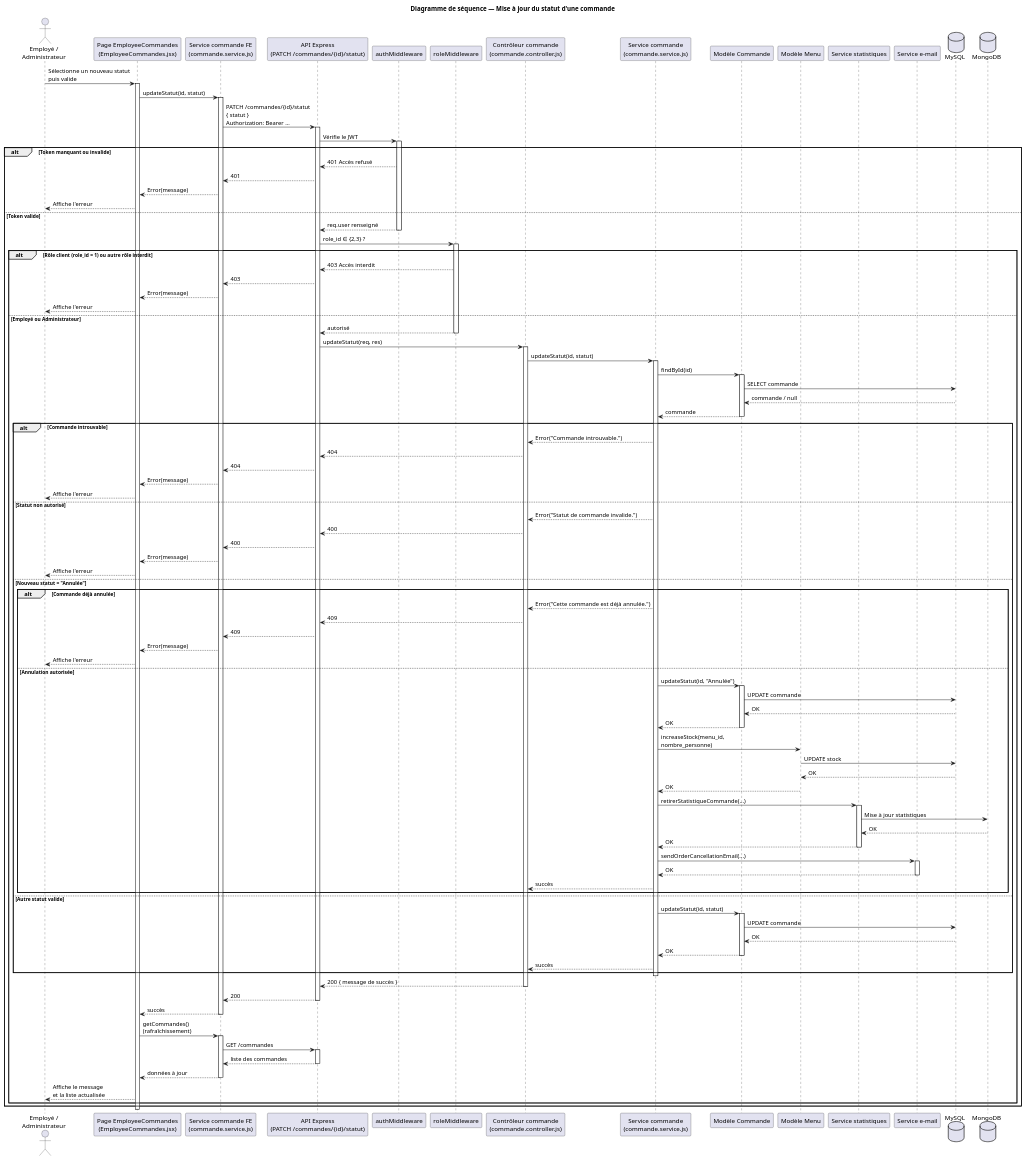
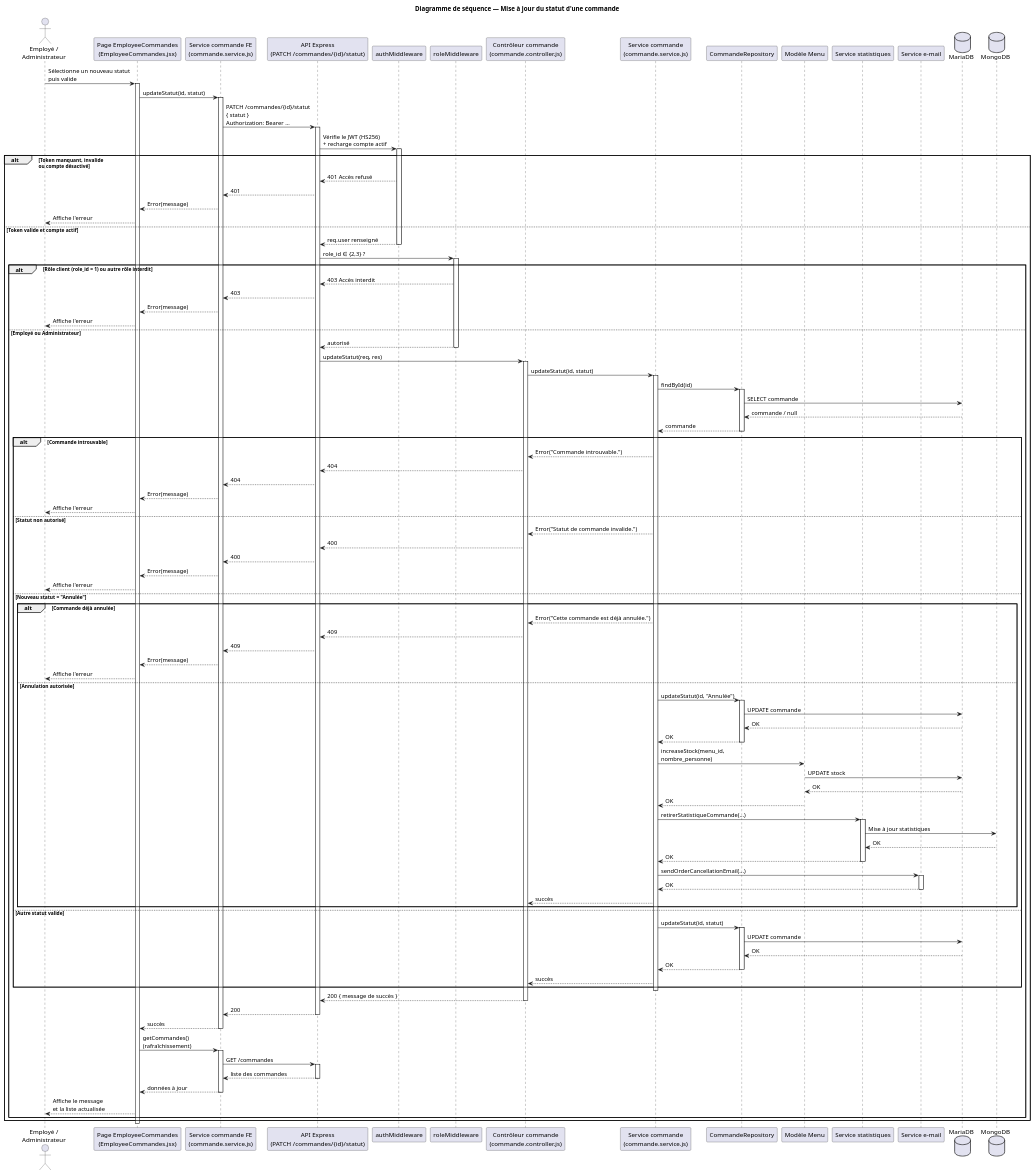
Before and after one commit to Meldince6790/vite-et-gourmand: the diagram in docs/diagrammes/sequence-maj-statut-commande.puml, drawn with PlantUML. The commit also changed 21 other files, not shown here.

```diff
--- a/docs/diagrammes/sequence-maj-statut-commande.puml
+++ b/docs/diagrammes/sequence-maj-statut-commande.puml
@@ -1,184 +1,184 @@
 @startuml sequence-maj-statut-commande
 title Diagramme de séquence — Mise à jour du statut d'une commande
 
 actor "Employé /\nAdministrateur" as Staff
 participant "Page EmployeeCommandes\n(EmployeeCommandes.jsx)" as Page
 participant "Service commande FE\n(commande.service.js)" as CmdFe
 participant "API Express\n(PATCH /commandes/{id}/statut)" as API
 participant "authMiddleware" as AuthMw
 participant "roleMiddleware" as RoleMw
 participant "Contrôleur commande\n(commande.controller.js)" as Ctrl
 participant "Service commande\n(commande.service.js)" as CmdBe
-participant "Modèle Commande" as CmdModel
+participant "CommandeRepository" as CmdModel
 participant "Modèle Menu" as Menu
 participant "Service statistiques" as Stats
 participant "Service e-mail" as Email
-database "MySQL" as MySQL
+database "MariaDB" as MySQL
 database "MongoDB" as Mongo
 
 Staff -> Page : Sélectionne un nouveau statut\npuis valide
 activate Page
 
 Page -> CmdFe : updateStatut(id, statut)
 activate CmdFe
 
 CmdFe -> API : PATCH /commandes/{id}/statut\n{ statut }\nAuthorization: Bearer …
 activate API
 
-API -> AuthMw : Vérifie le JWT
+API -> AuthMw : Vérifie le JWT (HS256)\n+ recharge compte actif
 activate AuthMw
 
-alt Token manquant ou invalide
+alt Token manquant, invalide\nou compte désactivé
 
   AuthMw --> API : 401 Accès refusé
   API --> CmdFe : 401
   CmdFe --> Page : Error(message)
   Page --> Staff : Affiche l'erreur
 
-else Token valide
+else Token valide et compte actif
 
   AuthMw --> API : req.user renseigné
   deactivate AuthMw
 
   API -> RoleMw : role_id ∈ {2,3} ?
   activate RoleMw
 
   alt Rôle client (role_id = 1) ou autre rôle interdit
 
     RoleMw --> API : 403 Accès interdit
     API --> CmdFe : 403
     CmdFe --> Page : Error(message)
     Page --> Staff : Affiche l'erreur
 
   else Employé ou Administrateur
 
     RoleMw --> API : autorisé
     deactivate RoleMw
 
     API -> Ctrl : updateStatut(req, res)
     activate Ctrl
 
     Ctrl -> CmdBe : updateStatut(id, statut)
     activate CmdBe
 
     CmdBe -> CmdModel : findById(id)
     activate CmdModel
 
     CmdModel -> MySQL : SELECT commande
     MySQL --> CmdModel : commande / null
 
     CmdModel --> CmdBe : commande
     deactivate CmdModel
 
     alt Commande introuvable
 
       CmdBe --> Ctrl : Error("Commande introuvable.")
       Ctrl --> API : 404
       API --> CmdFe : 404
       CmdFe --> Page : Error(message)
       Page --> Staff : Affiche l'erreur
 
     else Statut non autorisé
 
       CmdBe --> Ctrl : Error("Statut de commande invalide.")
       Ctrl --> API : 400
       API --> CmdFe : 400
       CmdFe --> Page : Error(message)
       Page --> Staff : Affiche l'erreur
 
     else Nouveau statut = "Annulée"
 
       alt Commande déjà annulée
 
         CmdBe --> Ctrl : Error("Cette commande est déjà annulée.")
         Ctrl --> API : 409
         API --> CmdFe : 409
         CmdFe --> Page : Error(message)
         Page --> Staff : Affiche l'erreur
 
       else Annulation autorisée
 
         CmdBe -> CmdModel : updateStatut(id, "Annulée")
         activate CmdModel
 
         CmdModel -> MySQL : UPDATE commande
         MySQL --> CmdModel : OK
 
         CmdModel --> CmdBe : OK
         deactivate CmdModel
 
         CmdBe -> Menu : increaseStock(menu_id,\nnombre_personne)
 
         Menu -> MySQL : UPDATE stock
         MySQL --> Menu : OK
 
         Menu --> CmdBe : OK
 
         CmdBe -> Stats : retirerStatistiqueCommande(...)
         activate Stats
 
         Stats -> Mongo : Mise à jour statistiques
         Mongo --> Stats : OK
 
         Stats --> CmdBe : OK
         deactivate Stats
 
         CmdBe -> Email : sendOrderCancellationEmail(...)
         activate Email
 
         Email --> CmdBe : OK
         deactivate Email
 
         CmdBe --> Ctrl : succès
 
       end
 
     else Autre statut valide
 
       CmdBe -> CmdModel : updateStatut(id, statut)
       activate CmdModel
 
       CmdModel -> MySQL : UPDATE commande
       MySQL --> CmdModel : OK
 
       CmdModel --> CmdBe : OK
       deactivate CmdModel
 
       CmdBe --> Ctrl : succès
 
     end
 
     deactivate CmdBe
 
     Ctrl --> API : 200 { message de succès }
     deactivate Ctrl
 
     API --> CmdFe : 200
     deactivate API
 
     CmdFe --> Page : succès
     deactivate CmdFe
 
     Page -> CmdFe : getCommandes()\n(rafraîchissement)
 
     activate CmdFe
 
     CmdFe -> API : GET /commandes
     activate API
 
     API --> CmdFe : liste des commandes
 
     deactivate API
 
     CmdFe --> Page : données à jour
     deactivate CmdFe
 
     Page --> Staff : Affiche le message\net la liste actualisée
 
   end
 
 end
 
 deactivate Page
 
 @enduml
```
